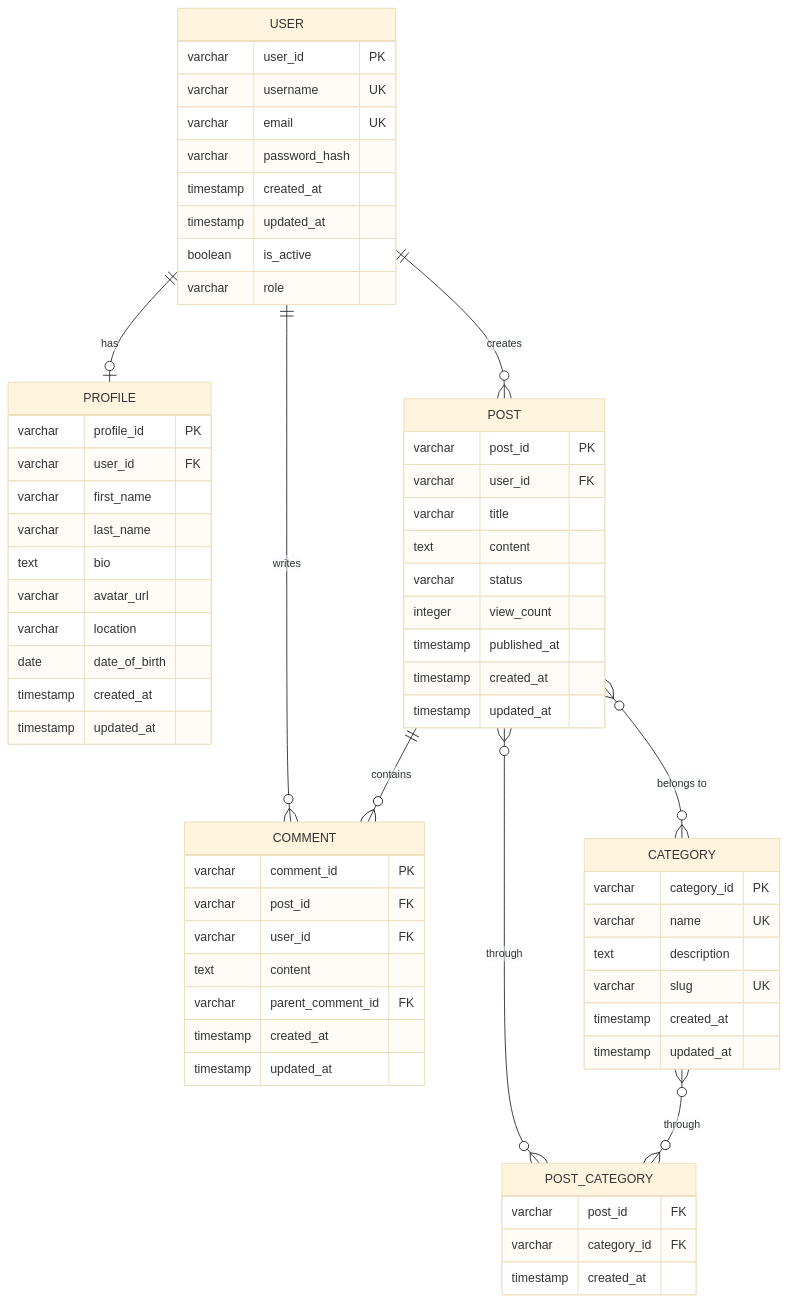
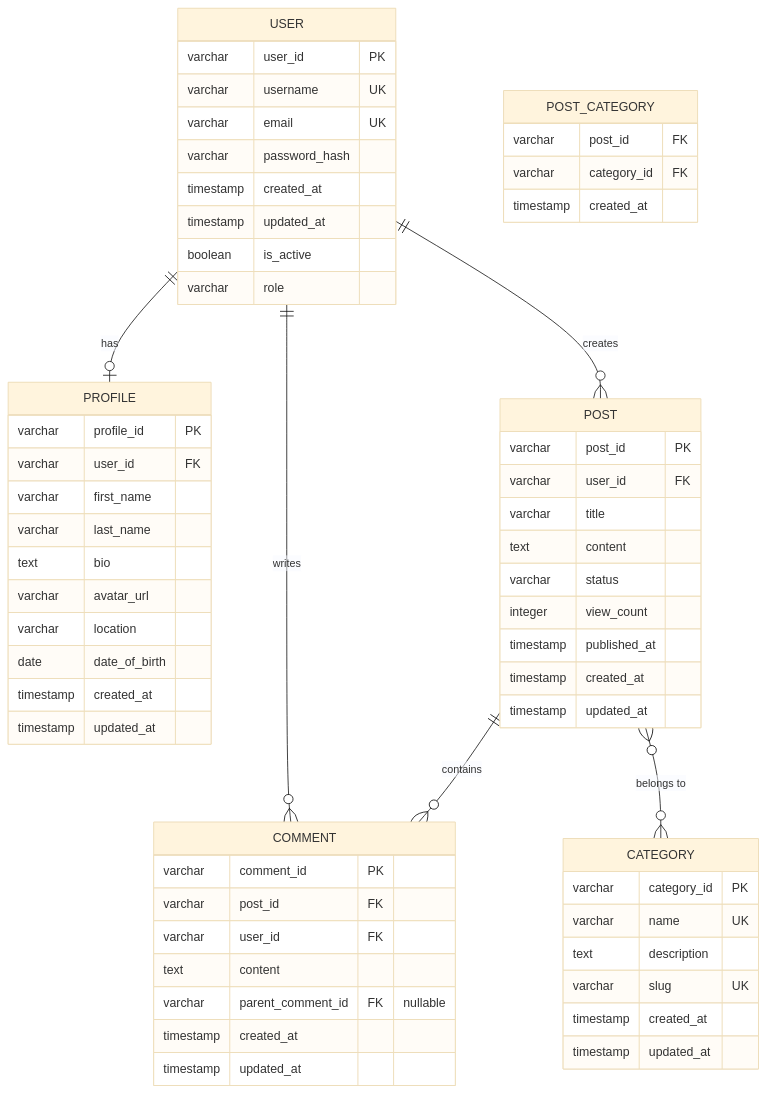
Before and after one commit to elif5446/S390_404-Name-not-Found: the diagram in docs/diagrams/er-model.md, drawn with Mermaid (base theme). The commit also changed other lines of this file and 1 other file, not shown here.

Commit message:
Address code review feedback: fix diagram relationships and spelling

````diff
--- a/docs/diagrams/er-model.md
+++ b/docs/diagrams/er-model.md
@@ -8,71 +8,69 @@
 ```mermaid
 erDiagram
     USER ||--o| PROFILE : has
     USER ||--o{ POST : creates
     USER ||--o{ COMMENT : writes
     POST ||--o{ COMMENT : contains
     POST }o--o{ CATEGORY : "belongs to"
-    POST }o--o{ POST_CATEGORY : through
-    CATEGORY }o--o{ POST_CATEGORY : through
     
     USER {
         varchar user_id PK
         varchar username UK
         varchar email UK
         varchar password_hash
         timestamp created_at
         timestamp updated_at
         boolean is_active
         varchar role
     }
     
     PROFILE {
         varchar profile_id PK
         varchar user_id FK
         varchar first_name
         varchar last_name
         text bio
         varchar avatar_url
         varchar location
         date date_of_birth
         timestamp created_at
         timestamp updated_at
     }
     
     POST {
         varchar post_id PK
         varchar user_id FK
         varchar title
         text content
         varchar status
         integer view_count
         timestamp published_at
         timestamp created_at
         timestamp updated_at
     }
     
     COMMENT {
         varchar comment_id PK
         varchar post_id FK
         varchar user_id FK
         text content
-        varchar parent_comment_id FK
+        varchar parent_comment_id FK "nullable"
         timestamp created_at
         timestamp updated_at
     }
     
     CATEGORY {
         varchar category_id PK
         varchar name UK
         text description
         varchar slug UK
         timestamp created_at
         timestamp updated_at
     }
     
     POST_CATEGORY {
         varchar post_id FK
         varchar category_id FK
         timestamp created_at
     }
 ```
````
